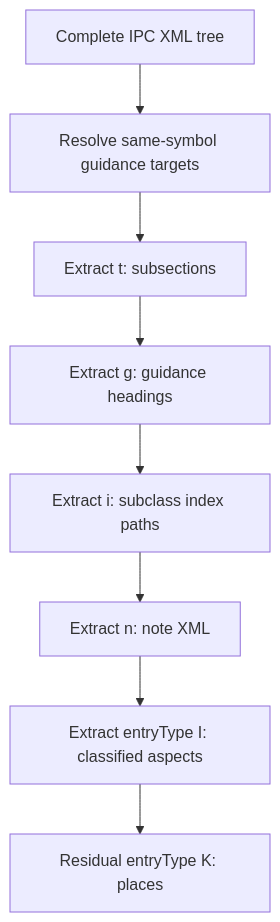
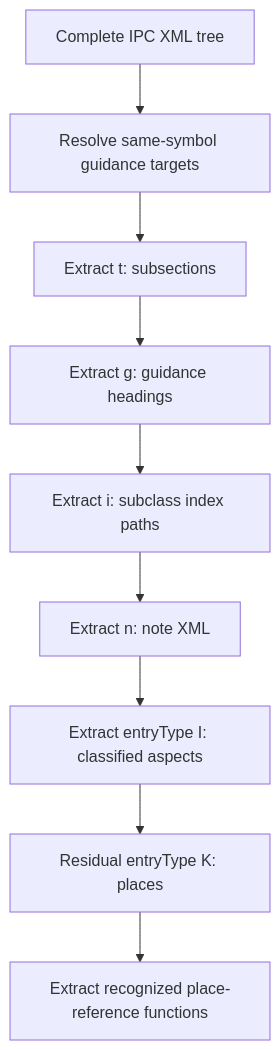
One commit to pchemguy/Field-Notes changed the diagram in 12-ipc-scheme-xml-parsing/README.md. Above: the diagram before and after it, drawn with Mermaid. The commit also changed other lines of this file, not shown here.

````diff
--- a/12-ipc-scheme-xml-parsing/README.md
+++ b/12-ipc-scheme-xml-parsing/README.md
@@ -154,10 +155,11 @@
 ```mermaid
 flowchart TD
     A["Complete IPC XML tree"] --> B["Resolve same-symbol guidance targets"]
     B --> C["Extract t: subsections"]
     C --> D["Extract g: guidance headings"]
     D --> E["Extract i: subclass index paths"]
     E --> F["Extract n: note XML"]
     F --> G["Extract entryType I: classified aspects"]
     G --> H["Residual entryType K: places"]
+    H --> I["Extract recognized place-reference functions"]
 ```
````
